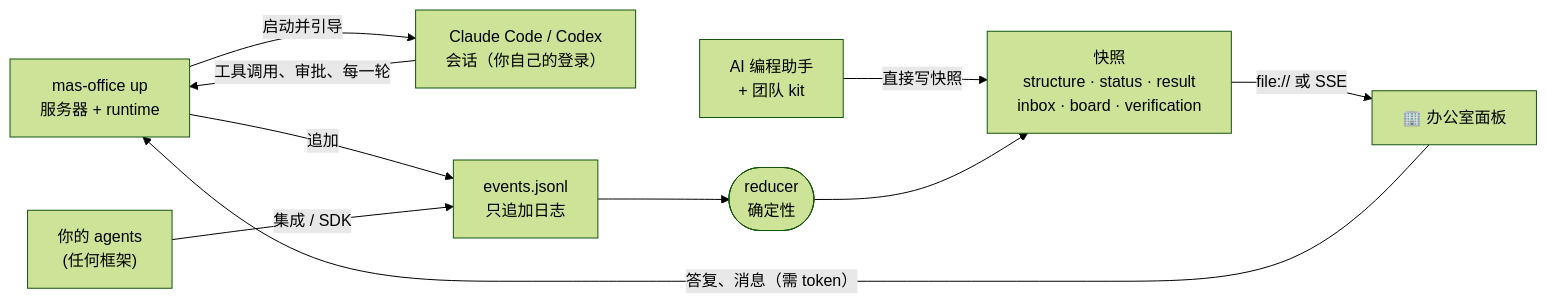
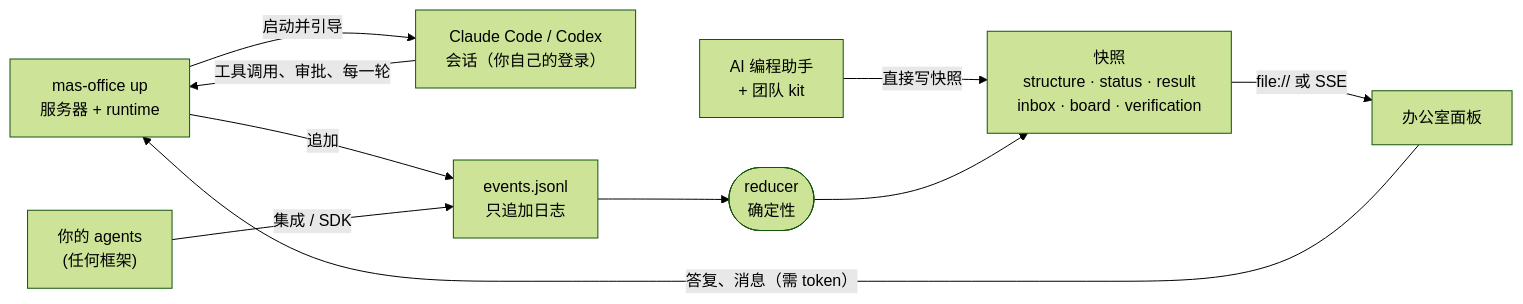
The diagram in README.zh-CN.md (weixijia/mas-office), drawn with Mermaid (forest theme) before and after one commit. The commit also changed other lines of this file and 24 other files, not shown here.

````diff
--- a/README.zh-CN.md
+++ b/README.zh-CN.md
@@ -195,11 +301,11 @@
 ```mermaid
 flowchart LR
   U["mas-office up<br/>服务器 + runtime"] -- "启动并引导" --> W["Claude Code / Codex<br/>会话（你自己的登录）"]
   W -- "工具调用、审批、每一轮" --> U
   U -- "追加" --> E["events.jsonl<br/>只追加日志"]
   A["你的 agents<br/>(任何框架)"] -- "集成 / SDK" --> E
   K["AI 编程助手<br/>+ 团队 kit"] -- "直接写快照" --> S
   E --> R(["reducer<br/>确定性"]) --> S["快照<br/>structure · status · result<br/>inbox · board · verification"]
-  S -- "file:// 或 SSE" --> P["🏢 办公室面板"]
+  S -- "file:// 或 SSE" --> P["办公室面板"]
   P -- "答复、消息（需 token）" --> U
 ```
````
